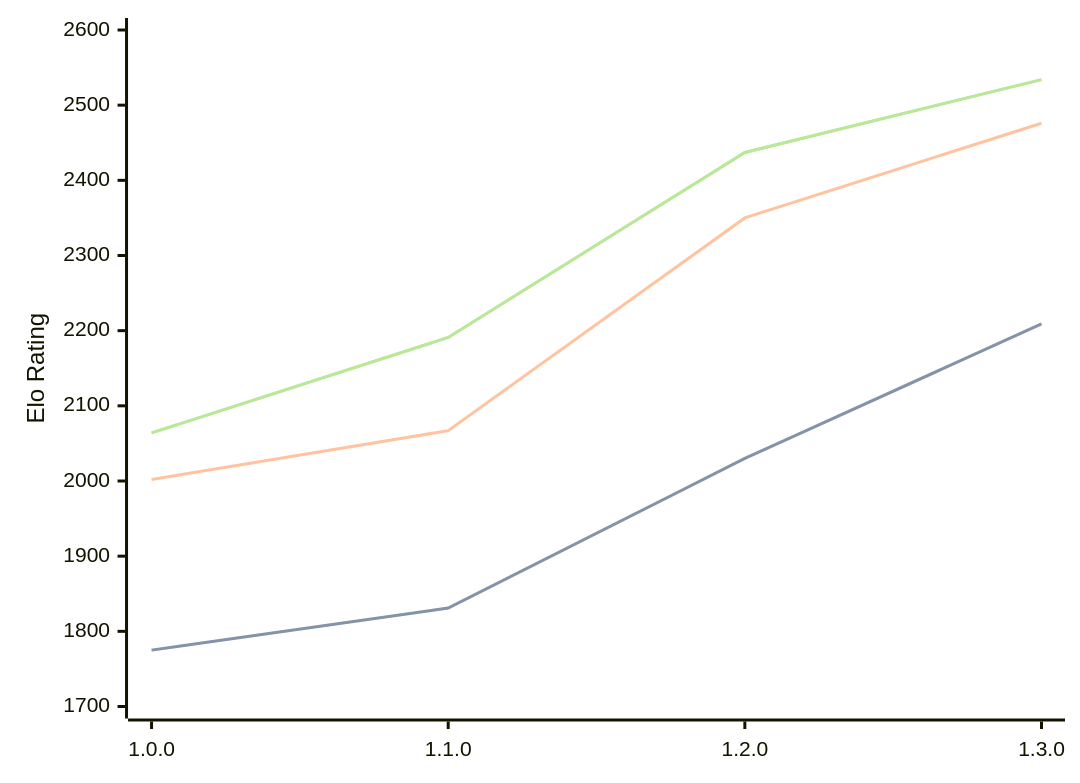
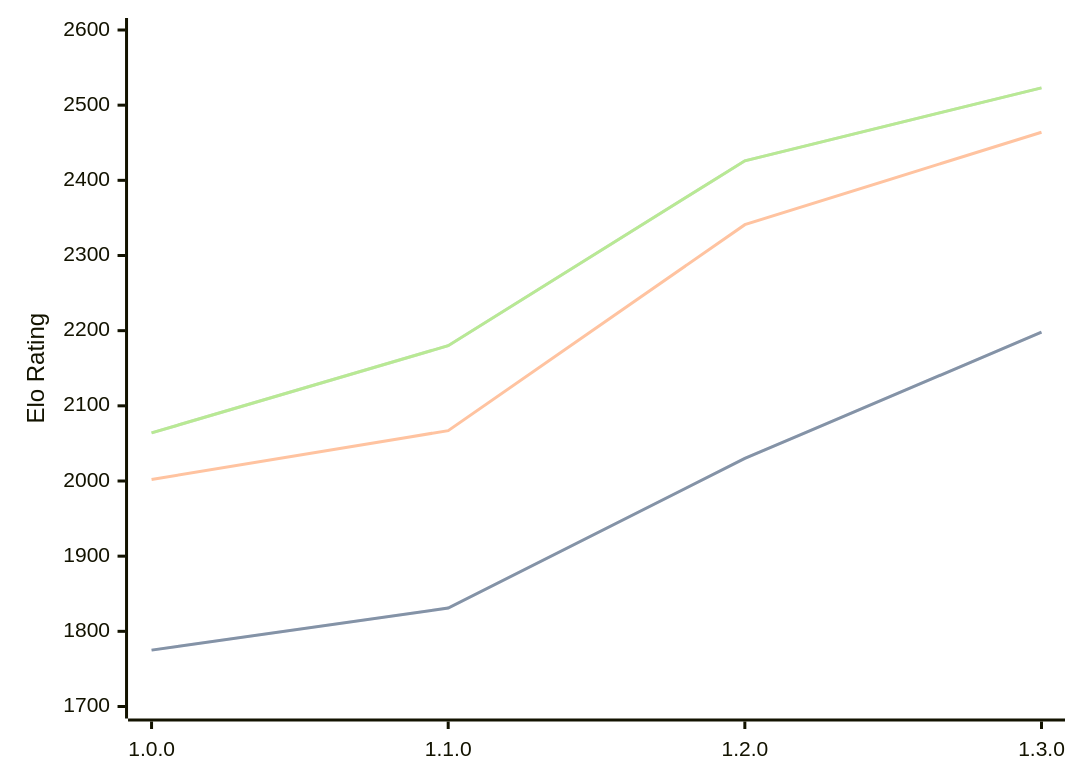
One commit to computer-chess-index/cci changed the diagram in engines/Anodos.md. Above: the diagram before and after it, drawn with Mermaid. The commit also changed other lines of this file, not shown here.

Commit message:
Update CCI Ratings (ELO VLTC) - 2026-03-19

````diff
--- a/engines/Anodos.md
+++ b/engines/Anodos.md
@@ -43,11 +43,11 @@
 ```mermaid
 %%{init: {"theme":"base","themeVariables":{"seriesColors:['#a3a3a3','#222221','#faa371']}}}%%
 xychart-beta
   x-axis ["1.0.0", "1.1.0", "1.2.0", "1.3.0"]
   y-axis "Elo Rating" 1700 --> 2600
-  line "STC (8.0+0.08s)" [1775, 1831, 2030, 2209]
-  line "STC (8.0+0.08s)" [1775, 1831, 2030, 2209]
-  line "LTC (60.0+0.60s)" [2002, 2067, 2350, 2476]
-  line "VLTC (2m24s+1.12s)" [2064, 2191, 2437, 2534]
-  line "VLTC (2m24s+1.12s)" [2064, 2191, 2437, 2534]
+  line "STC (8.0+0.08s)" [1775, 1831, 2030, 2198]
+  line "STC (8.0+0.08s)" [1775, 1831, 2030, 2198]
+  line "LTC (60.0+0.60s)" [2002, 2067, 2341, 2464]
+  line "VLTC (2m24s+1.12s)" [2064, 2180, 2426, 2523]
+  line "VLTC (2m24s+1.12s)" [2064, 2180, 2426, 2523]
 ```
````
